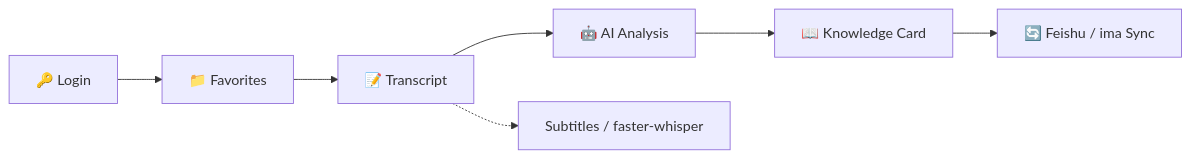
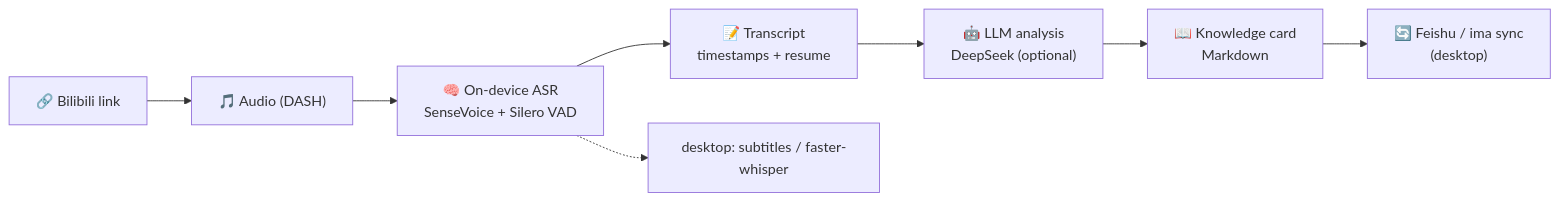
The diagram in README.md (YAHU2024/Unarchive), drawn with Mermaid before and after one commit. The commit also changed other lines of this file and 6 other files, not shown here.

````diff
--- a/README.md
+++ b/README.md
@@ -149,9 +130,10 @@
 ```mermaid
 graph LR
-    A["🔑 Login"] --> B["📁 Favorites"]
-    B --> C["📝 Transcript"]
-    C --> D["🤖 AI Analysis"]
-    D --> E["📖 Knowledge Card"]
-    E --> F["🔄 Feishu / ima Sync"]
-    C -.-> C1["Subtitles / faster-whisper"]
+    A["🔗 Bilibili link"] --> B["🎵 Audio (DASH)"]
+    B --> C["🧠 On-device ASR<br/>SenseVoice + Silero VAD"]
+    C --> D["📝 Transcript<br/>timestamps + resume"]
+    D --> E["🤖 LLM analysis<br/>DeepSeek (optional)"]
+    E --> F["📖 Knowledge card<br/>Markdown"]
+    C -.-> C1["desktop: subtitles / faster-whisper"]
+    F --> G["🔄 Feishu / ima sync<br/>(desktop)"]
 ```
````
